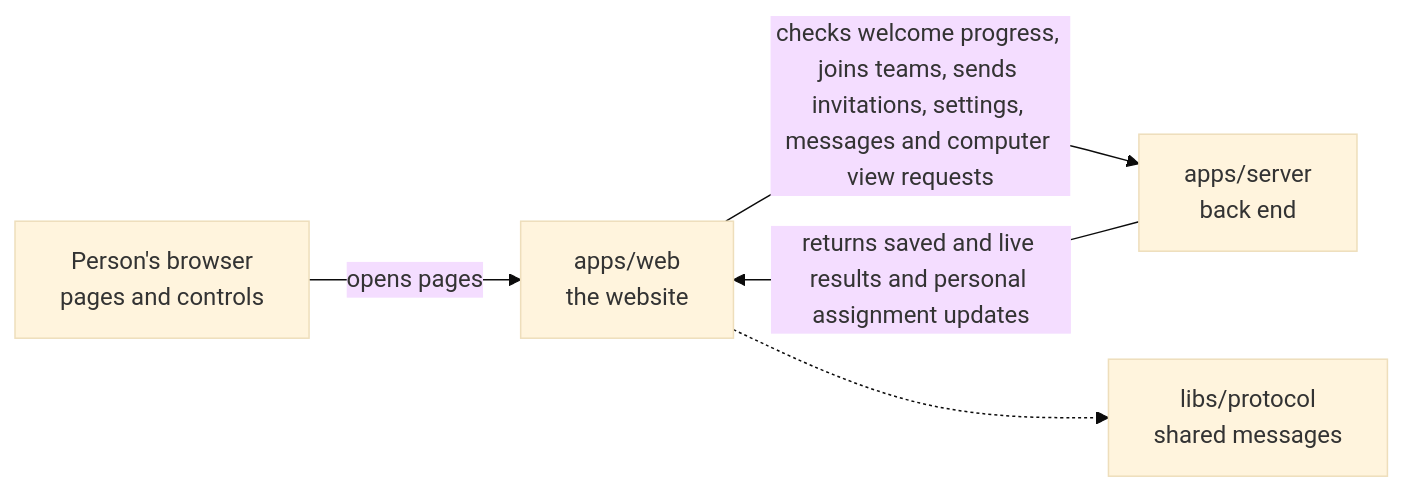
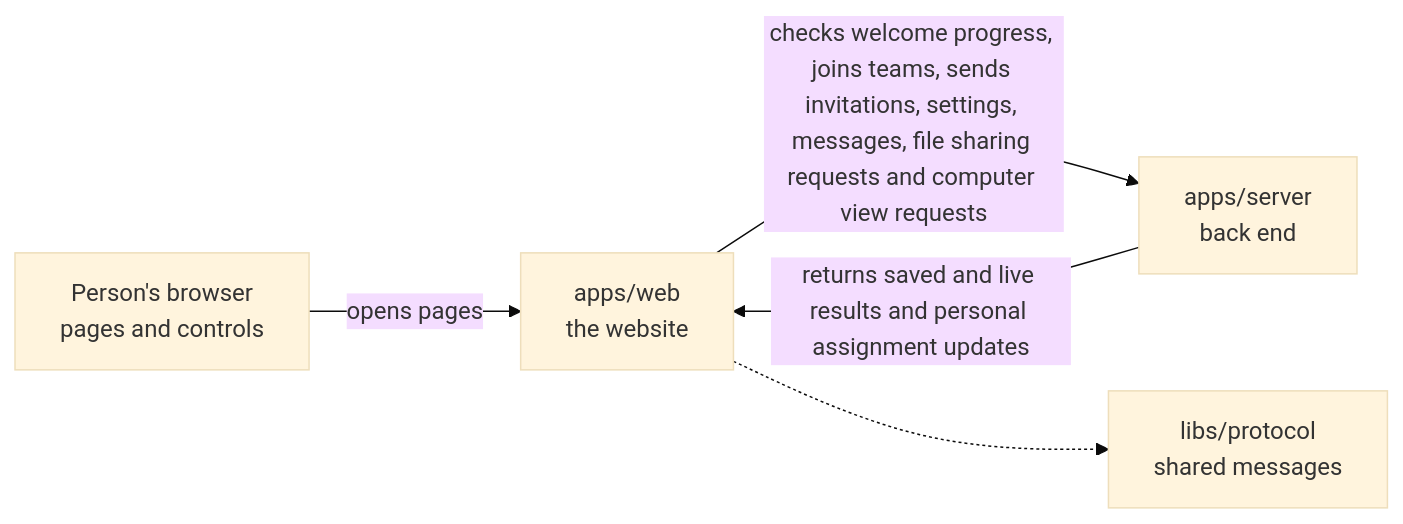
One commit to elewa-git/opencrane-new changed the diagram in apps/web/README.md. Above: the diagram before and after it, drawn with Mermaid (base theme). The commit also changed other lines of this file and 45 other files, not shown here.

````diff
--- a/apps/web/README.md
+++ b/apps/web/README.md
@@ -17,7 +17,7 @@
 ```mermaid
 flowchart LR
   browser["Person's browser<br/>pages and controls"] -->|opens pages| web["apps/web<br/>the website"]
-  web -->|checks welcome progress, joins teams, sends invitations, settings, messages and computer view requests| server["apps/server<br/>back end"]
+  web -->|checks welcome progress, joins teams, sends invitations, settings, messages, file sharing requests and computer view requests| server["apps/server<br/>back end"]
   server -->|returns saved and live results and personal assignment updates| web
   web -.-> protocol["libs/protocol<br/>shared messages"]
 ```
````
